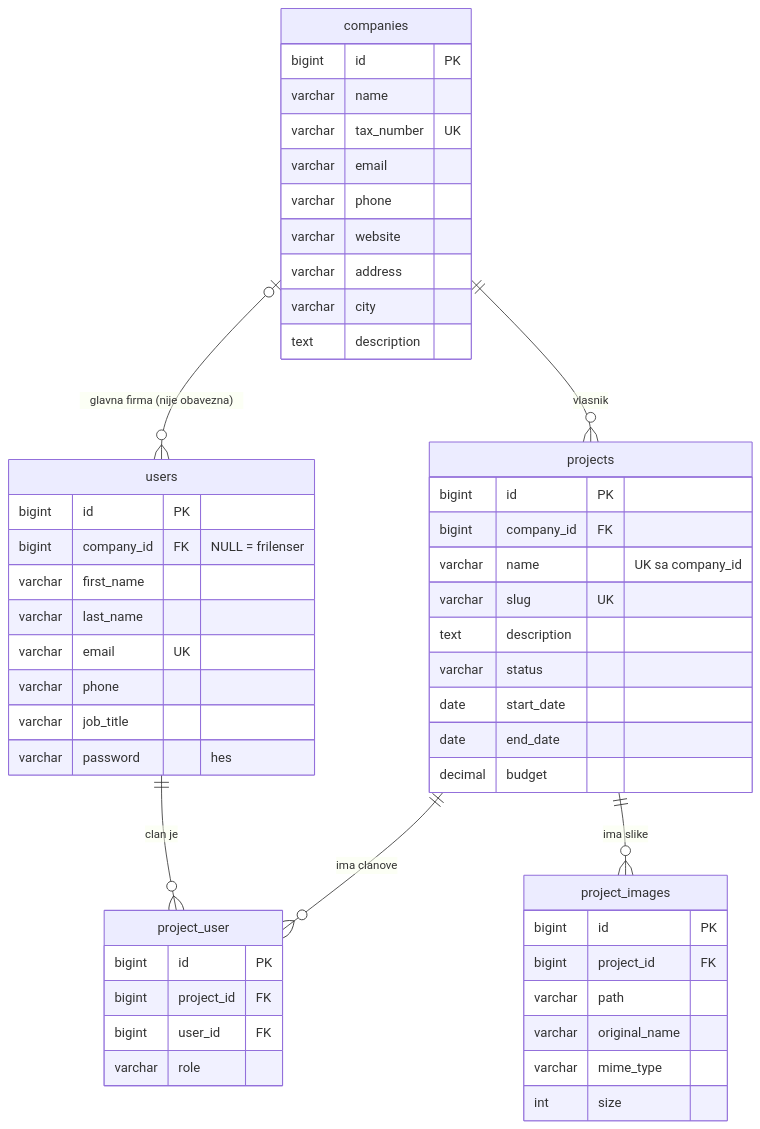
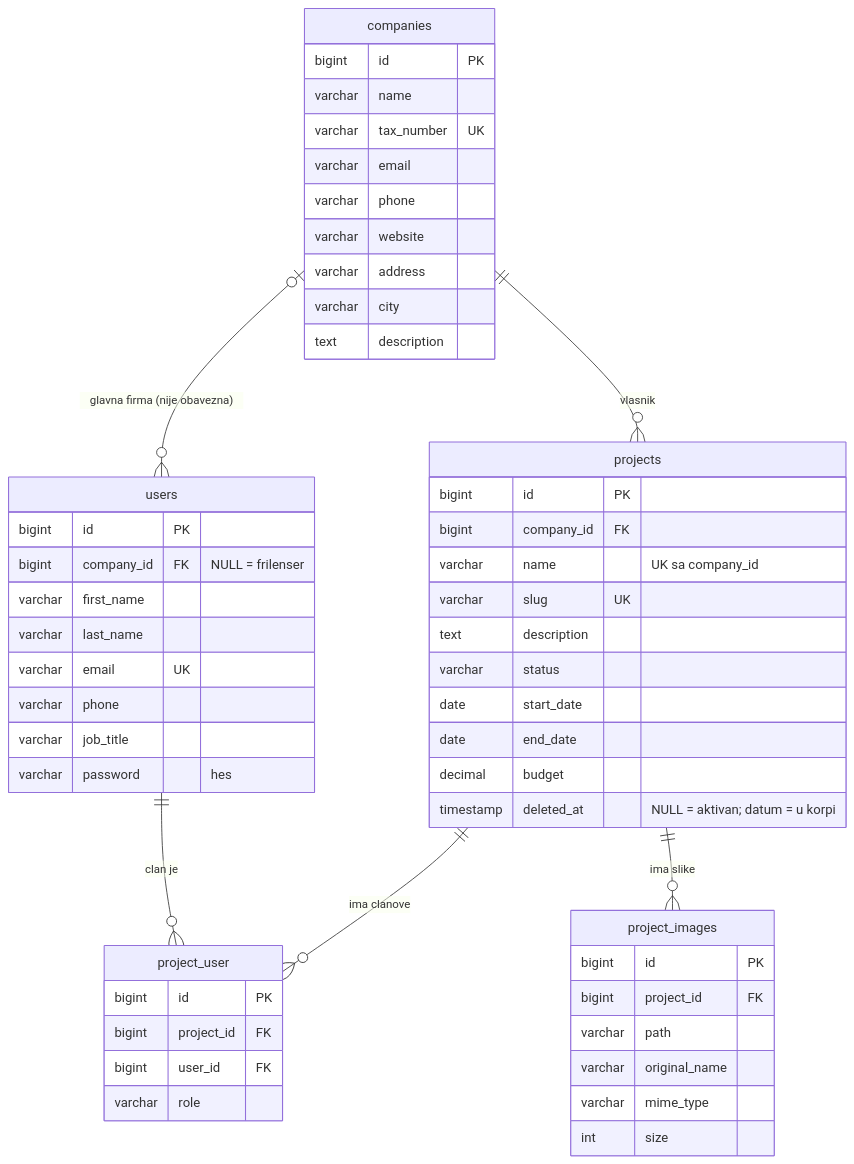
One commit to Muhamed254683/company-projects changed the diagram in docs/baza.md. Above: the diagram before and after it, drawn with Mermaid. The commit also changed other lines of this file and 21 other files, not shown here.

````diff
--- a/docs/baza.md
+++ b/docs/baza.md
@@ -9,55 +9,56 @@
 ```mermaid
 erDiagram
     companies |o--o{ users : "glavna firma (nije obavezna)"
     companies ||--o{ projects : "vlasnik"
     projects ||--o{ project_user : "ima clanove"
     users ||--o{ project_user : "clan je"
     projects ||--o{ project_images : "ima slike"
 
     companies {
         bigint id PK
         varchar name
         varchar tax_number UK
         varchar email
         varchar phone
         varchar website
         varchar address
         varchar city
         text description
     }
     users {
         bigint id PK
         bigint company_id FK "NULL = frilenser"
         varchar first_name
         varchar last_name
         varchar email UK
         varchar phone
         varchar job_title
         varchar password "hes"
     }
     projects {
         bigint id PK
         bigint company_id FK
         varchar name "UK sa company_id"
         varchar slug UK
         text description
         varchar status
         date start_date
         date end_date
         decimal budget
+        timestamp deleted_at "NULL = aktivan; datum = u korpi"
     }
     project_user {
         bigint id PK
         bigint project_id FK
         bigint user_id FK
         varchar role
     }
     project_images {
         bigint id PK
         bigint project_id FK
         varchar path
         varchar original_name
         varchar mime_type
         int size
     }
 ```
````
